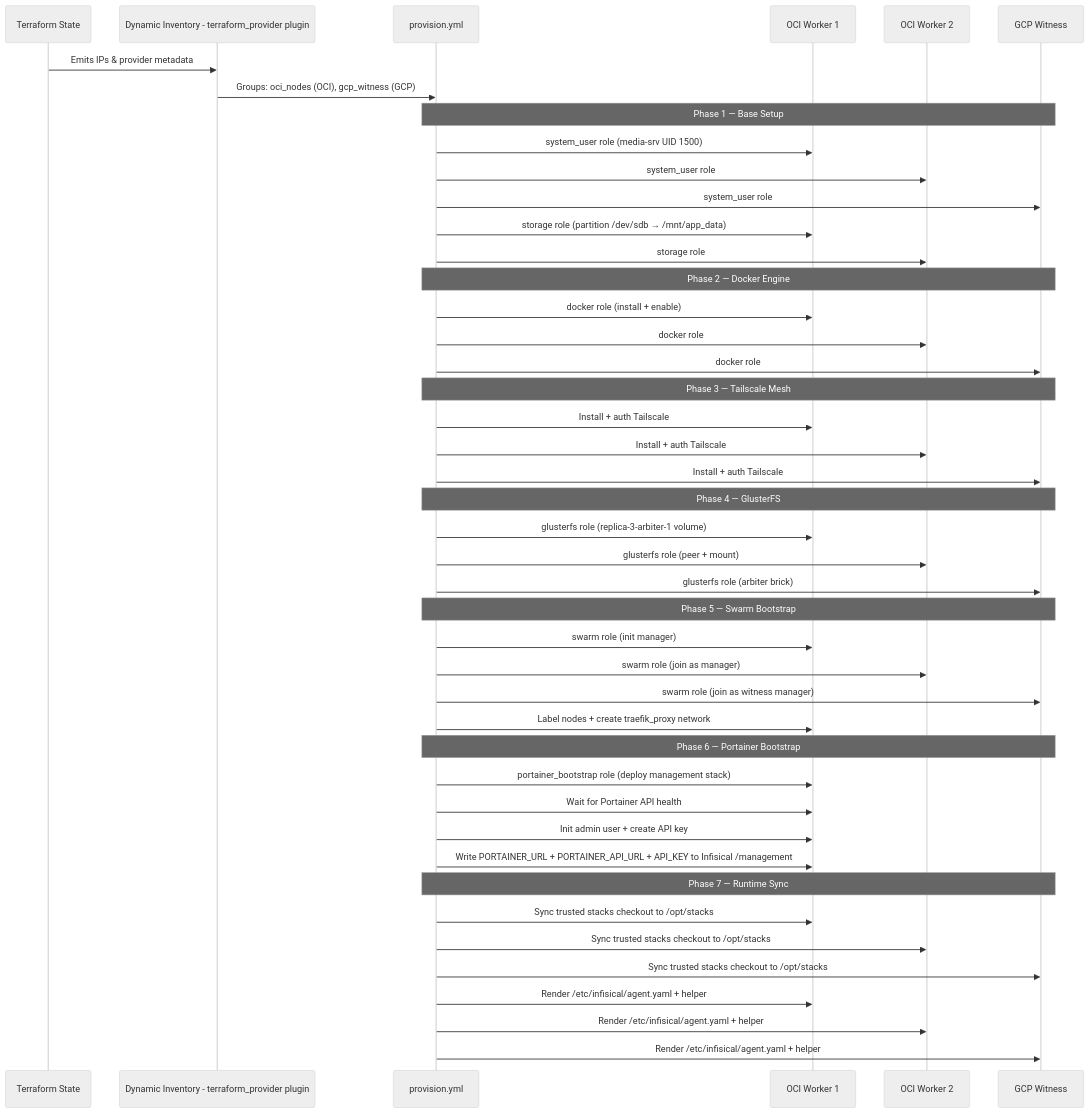
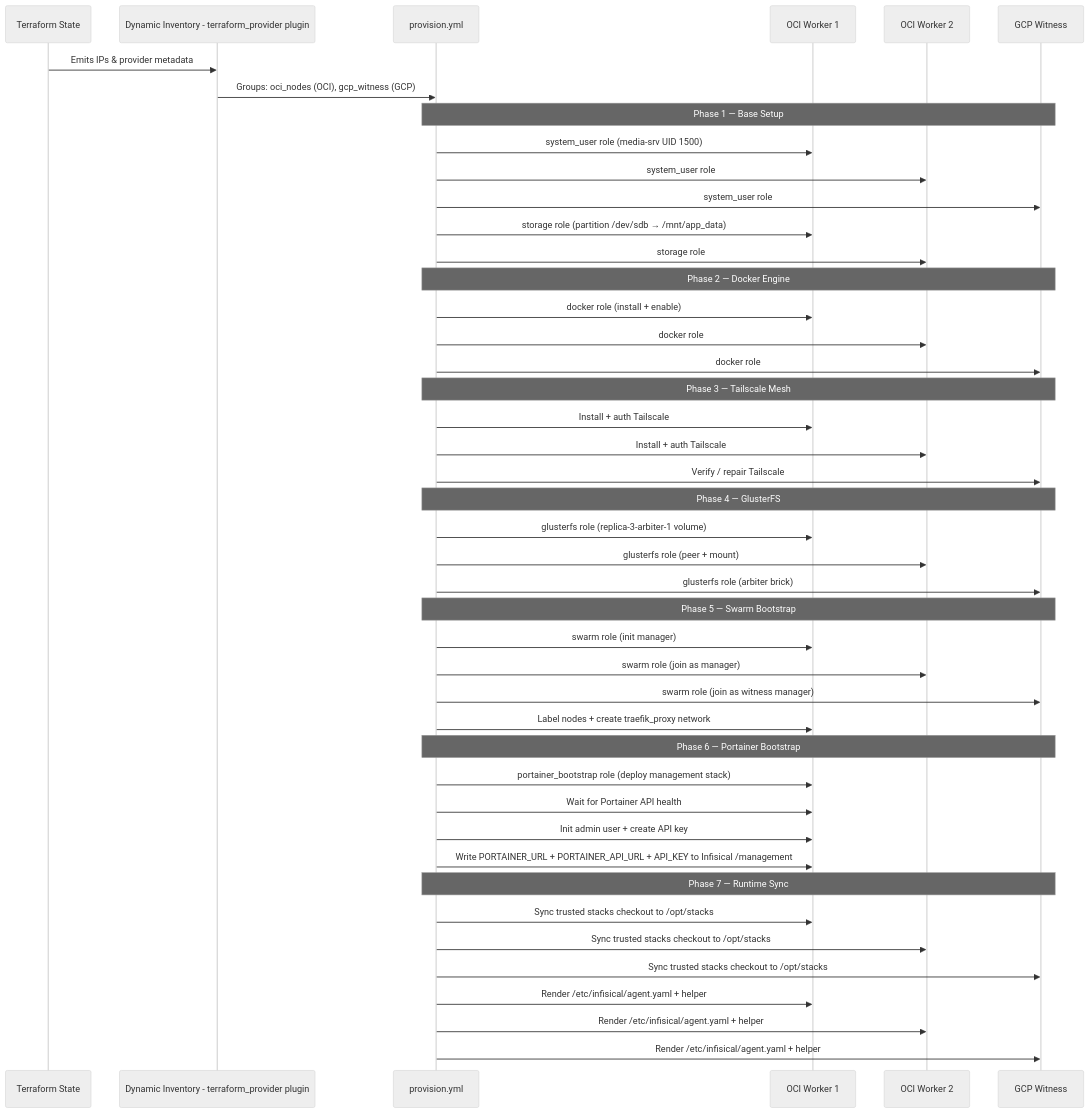
The diagram in docs/ansible.md (JoseStud/GoodOldMeServer), drawn with Mermaid (neutral theme) before and after one commit. The commit also changed other lines of this file and 3 other files, not shown here.

````diff
--- a/docs/ansible.md
+++ b/docs/ansible.md
@@ -9,54 +17,54 @@
 ```mermaid
 sequenceDiagram
     participant TF as Terraform State
     participant INV as Dynamic Inventory - terraform_provider plugin
     participant PB as provision.yml
     participant OCI1 as OCI Worker 1
     participant OCI2 as OCI Worker 2
     participant GCP as GCP Witness
 
     TF->>INV: Emits IPs & provider metadata
     INV->>PB: Groups: oci_nodes (OCI), gcp_witness (GCP)
 
     Note over PB,GCP: Phase 1 — Base Setup
     PB->>OCI1: system_user role (media-srv UID 1500)
     PB->>OCI2: system_user role
     PB->>GCP: system_user role
     PB->>OCI1: storage role (partition /dev/sdb → /mnt/app_data)
     PB->>OCI2: storage role
 
     Note over PB,GCP: Phase 2 — Docker Engine
     PB->>OCI1: docker role (install + enable)
     PB->>OCI2: docker role
     PB->>GCP: docker role
 
     Note over PB,GCP: Phase 3 — Tailscale Mesh
     PB->>OCI1: Install + auth Tailscale
     PB->>OCI2: Install + auth Tailscale
-    PB->>GCP: Install + auth Tailscale
+    PB->>GCP: Verify / repair Tailscale
 
     Note over PB,GCP: Phase 4 — GlusterFS
     PB->>OCI1: glusterfs role (replica-3-arbiter-1 volume)
     PB->>OCI2: glusterfs role (peer + mount)
     PB->>GCP: glusterfs role (arbiter brick)
 
     Note over PB,GCP: Phase 5 — Swarm Bootstrap
     PB->>OCI1: swarm role (init manager)
     PB->>OCI2: swarm role (join as manager)
     PB->>GCP: swarm role (join as witness manager)
     PB->>OCI1: Label nodes + create traefik_proxy network
 
     Note over PB,GCP: Phase 6 — Portainer Bootstrap
     PB->>OCI1: portainer_bootstrap role (deploy management stack)
     PB->>OCI1: Wait for Portainer API health
     PB->>OCI1: Init admin user + create API key
     PB->>OCI1: Write PORTAINER_URL + PORTAINER_API_URL + API_KEY to Infisical /management
 
     Note over PB,GCP: Phase 7 — Runtime Sync
     PB->>OCI1: Sync trusted stacks checkout to /opt/stacks
     PB->>OCI2: Sync trusted stacks checkout to /opt/stacks
     PB->>GCP: Sync trusted stacks checkout to /opt/stacks
     PB->>OCI1: Render /etc/infisical/agent.yaml + helper
     PB->>OCI2: Render /etc/infisical/agent.yaml + helper
     PB->>GCP: Render /etc/infisical/agent.yaml + helper
 ```
````
